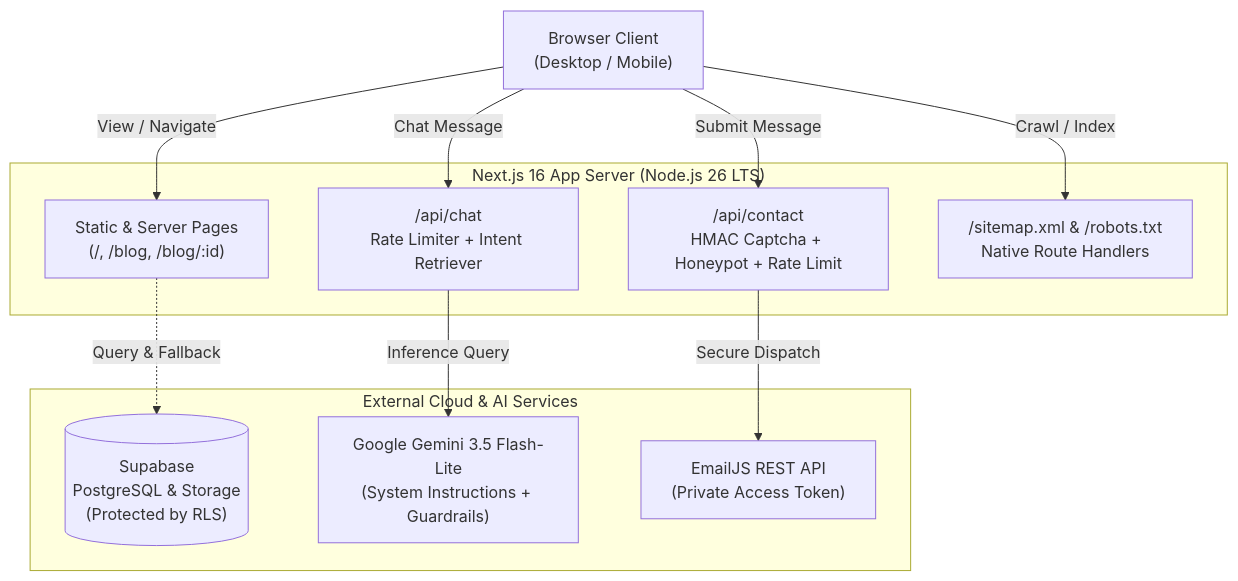
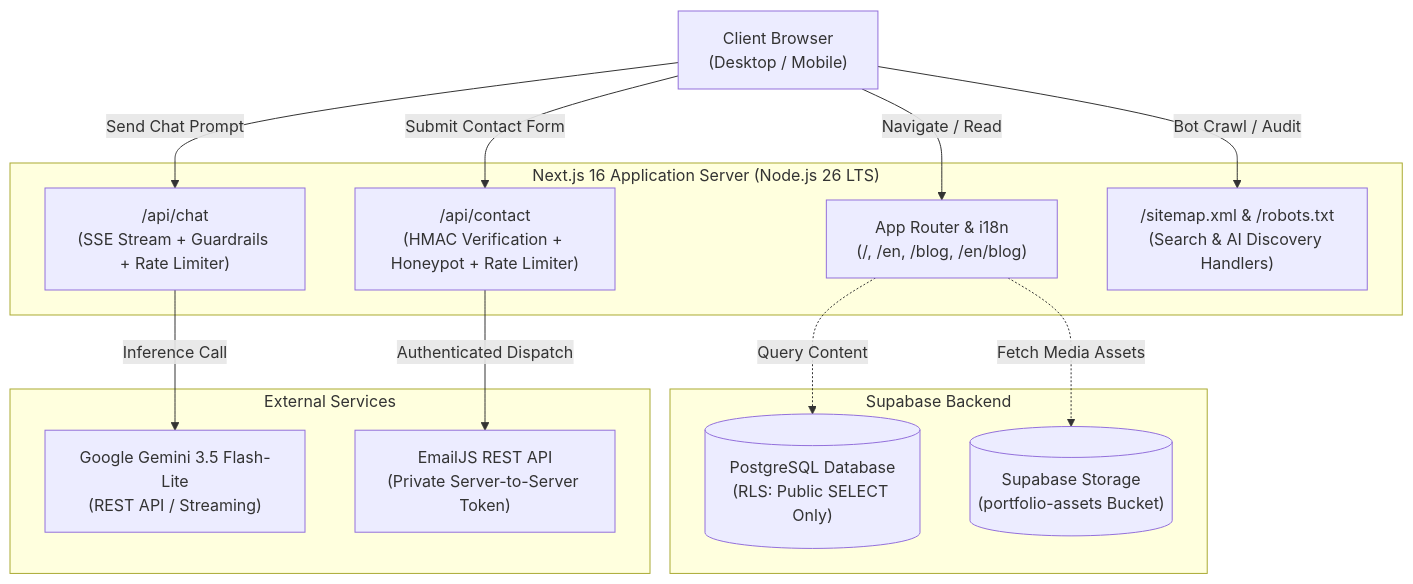
Before and after one commit to amymeij22/myportfolio: the diagram in README.md, drawn with Mermaid. The commit also changed other lines of this file and 83 other files, not shown here.

````diff
--- a/README.md
+++ b/README.md
@@ -55,26 +62,31 @@
 ```mermaid
 flowchart TD
-    Client["Browser Client\n(Desktop / Mobile)"]
+    Client["Client Browser\n(Desktop / Mobile)"]
 
-    subgraph NextServer["Next.js 16 App Server (Node.js 26 LTS)"]
-        Pages["Static & Server Pages\n(/, /blog, /blog/:id)"]
-        ChatAPI["/api/chat\nRate Limiter + Intent Retriever"]
-        ContactAPI["/api/contact\nHMAC Captcha + Honeypot + Rate Limit"]
-        SitemapAPI["/sitemap.xml & /robots.txt\nNative Route Handlers"]
+    subgraph AppServer["Next.js 16 Application Server (Node.js 26 LTS)"]
+        Router["App Router & i18n\n(/, /en, /blog, /en/blog)"]
+        ChatRoute["/api/chat\n(SSE Stream + Guardrails + Rate Limiter)"]
+        ContactRoute["/api/contact\n(HMAC Verification + Honeypot + Rate Limiter)"]
+        SitemapRoute["/sitemap.xml & /robots.txt\n(Search & AI Discovery Handlers)"]
     end
 
-    subgraph ExternalServices["External Cloud & AI Services"]
-        Supabase[("Supabase\nPostgreSQL & Storage\n(Protected by RLS)")]
-        Gemini["Google Gemini 3.5 Flash-Lite\n(System Instructions + Guardrails)"]
-        EmailJS["EmailJS REST API\n(Private Access Token)"]
+    subgraph DataLayer["Supabase Backend"]
+        DB[("PostgreSQL Database\n(RLS: Public SELECT Only)")]
+        Storage[("Supabase Storage\n(portfolio-assets Bucket)")]
     end
 
-    Client -->|View / Navigate| Pages
-    Client -->|Chat Message| ChatAPI
-    Client -->|Submit Message| ContactAPI
-    Client -->|Crawl / Index| SitemapAPI
+    subgraph ExternalAPIs["External Services"]
+        Gemini["Google Gemini 3.5 Flash-Lite\n(REST API / Streaming)"]
+        EmailJS["EmailJS REST API\n(Private Server-to-Server Token)"]
+    end
 
-    Pages -.->|Query & Fallback| Supabase
-    ChatAPI -->|Inference Query| Gemini
-    ContactAPI -->|Secure Dispatch| EmailJS
+    Client -->|Navigate / Read| Router
+    Client -->|Send Chat Prompt| ChatRoute
+    Client -->|Submit Contact Form| ContactRoute
+    Client -->|Bot Crawl / Audit| SitemapRoute
+
+    Router -.->|Query Content| DB
+    Router -.->|Fetch Media Assets| Storage
+    ChatRoute -->|Inference Call| Gemini
+    ContactRoute -->|Authenticated Dispatch| EmailJS
 ```
````
